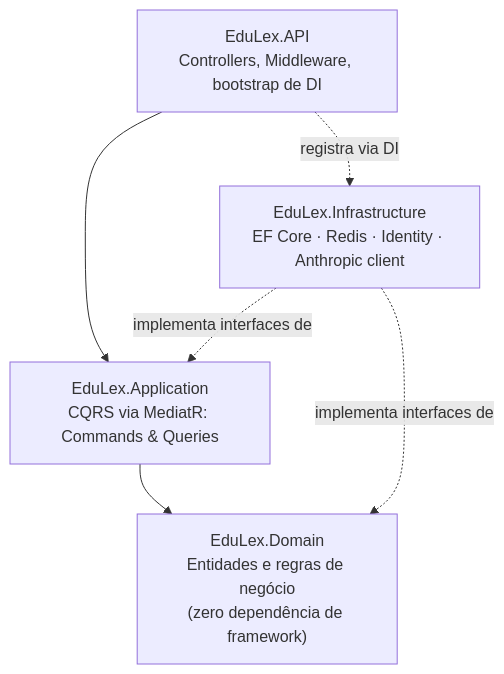
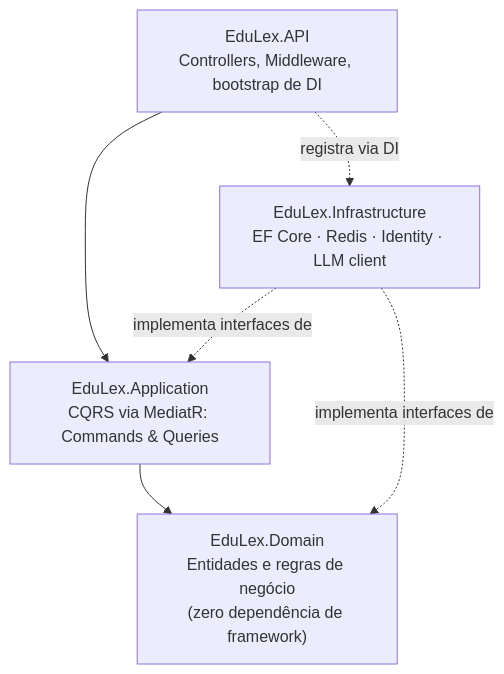
One commit to RobersonCodes/RobersonCodes changed the first of 10 diagrams in README.md. Above: the diagram before and after it, drawn with Mermaid. The commit also changed other lines of this file, not shown here.

````diff
--- a/README.md
+++ b/README.md
@@ -142,9 +145,9 @@
 ```mermaid
 graph TD
     API["EduLex.API<br/>Controllers, Middleware, bootstrap de DI"] --> APP
     APP["EduLex.Application<br/>CQRS via MediatR: Commands & Queries"] --> DOM
     DOM["EduLex.Domain<br/>Entidades e regras de negócio<br/>(zero dependência de framework)"]
-    INFRA["EduLex.Infrastructure<br/>EF Core · Redis · Identity · Anthropic client"] -.implementa interfaces de.-> APP
+    INFRA["EduLex.Infrastructure<br/>EF Core · Redis · Identity · LLM client"] -.implementa interfaces de.-> APP
     INFRA -.implementa interfaces de.-> DOM
     API -.registra via DI.-> INFRA
 ```
````
